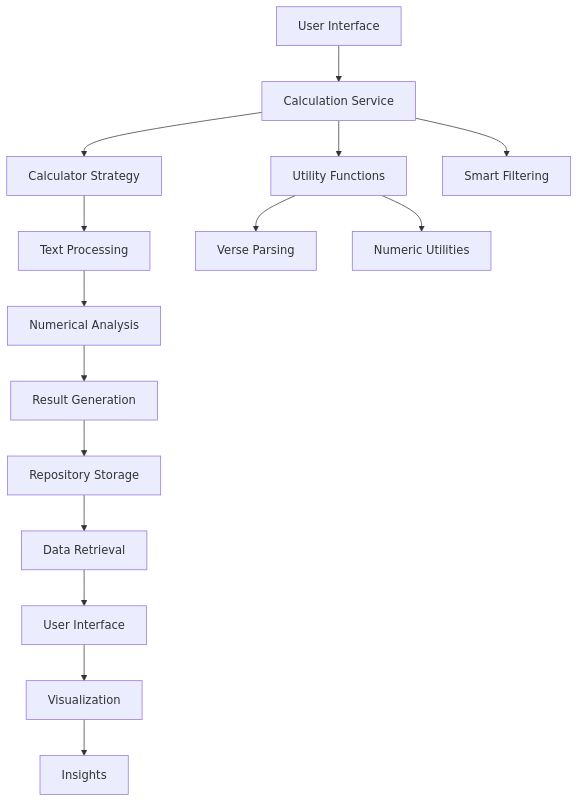
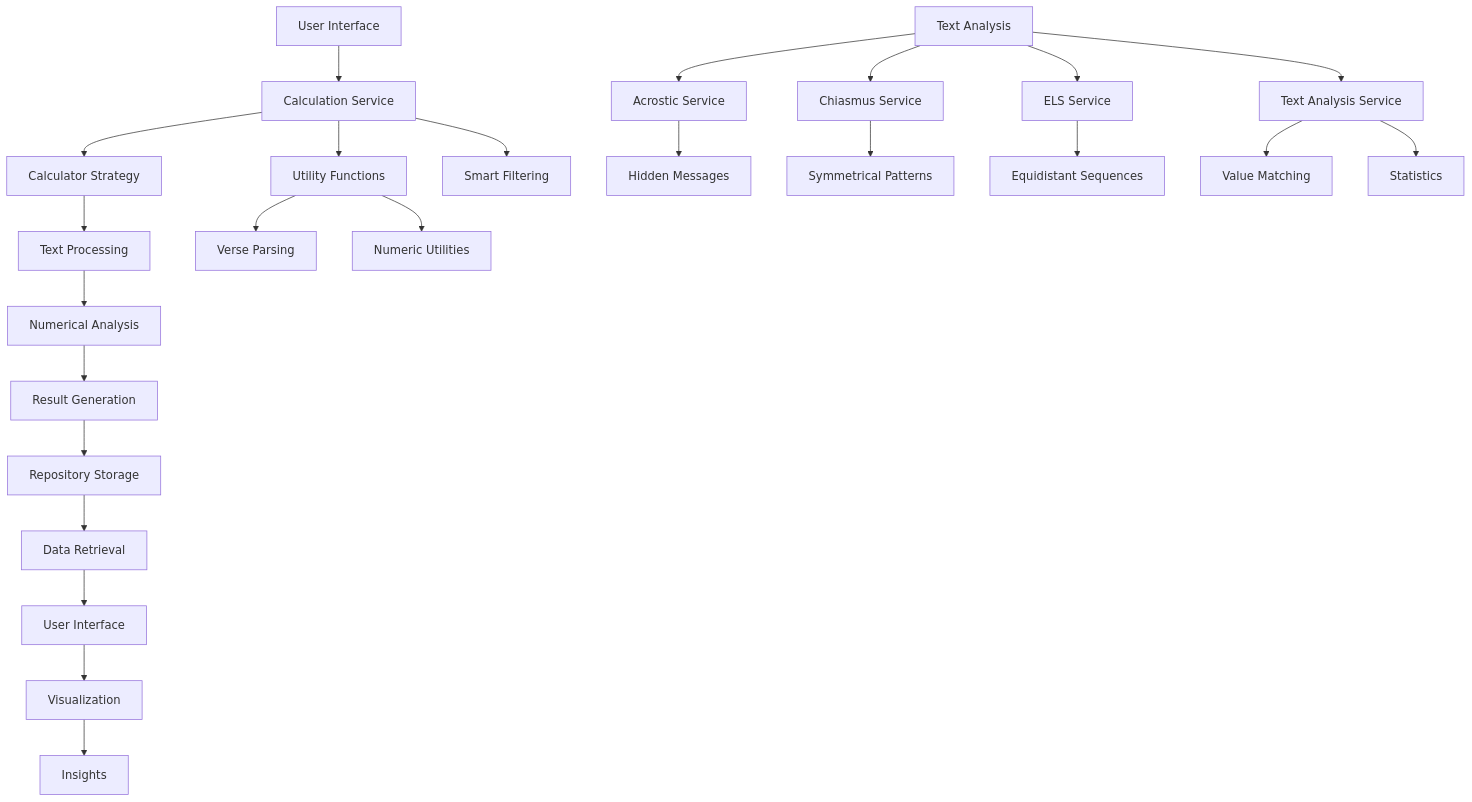
The second of 8 diagrams in .qoder/repowiki/en/content/Architecture Overview/Pillar-Based Architecture/Gematria Pillar/Gematria Pillar.md (TheDaniel166/IsopGem), drawn with Mermaid before and after one commit. The commit also changed other lines of this file and 29 other files, not shown here.

````diff
--- a/.qoder/repowiki/en/content/Architecture Overview/Pillar-Based Architecture/Gematria Pillar/Gematria Pillar.md
+++ b/.qoder/repowiki/en/content/Architecture Overview/Pillar-Based Architecture/Gematria Pillar/Gematria Pillar.md
@@ -118,17 +158,26 @@
 ```mermaid
 graph TD
 A[User Interface] --> B[Calculation Service]
 B --> C[Calculator Strategy]
 C --> D[Text Processing]
 D --> E[Numerical Analysis]
 E --> F[Result Generation]
 F --> G[Repository Storage]
 G --> H[Data Retrieval]
 H --> I[User Interface]
 B --> J[Utility Functions]
 J --> K[Verse Parsing]
 J --> L[Numeric Utilities]
 B --> M[Smart Filtering]
 I --> N[Visualization]
 N --> O[Insights]
+P[Text Analysis] --> Q[Acrostic Service]
+P --> R[Chiasmus Service]
+P --> S[ELS Service]
+Q --> T[Hidden Messages]
+R --> U[Symmetrical Patterns]
+S --> V[Equidistant Sequences]
+P --> W[Text Analysis Service]
+W --> X[Value Matching]
+W --> Y[Statistics]
 ```
````
